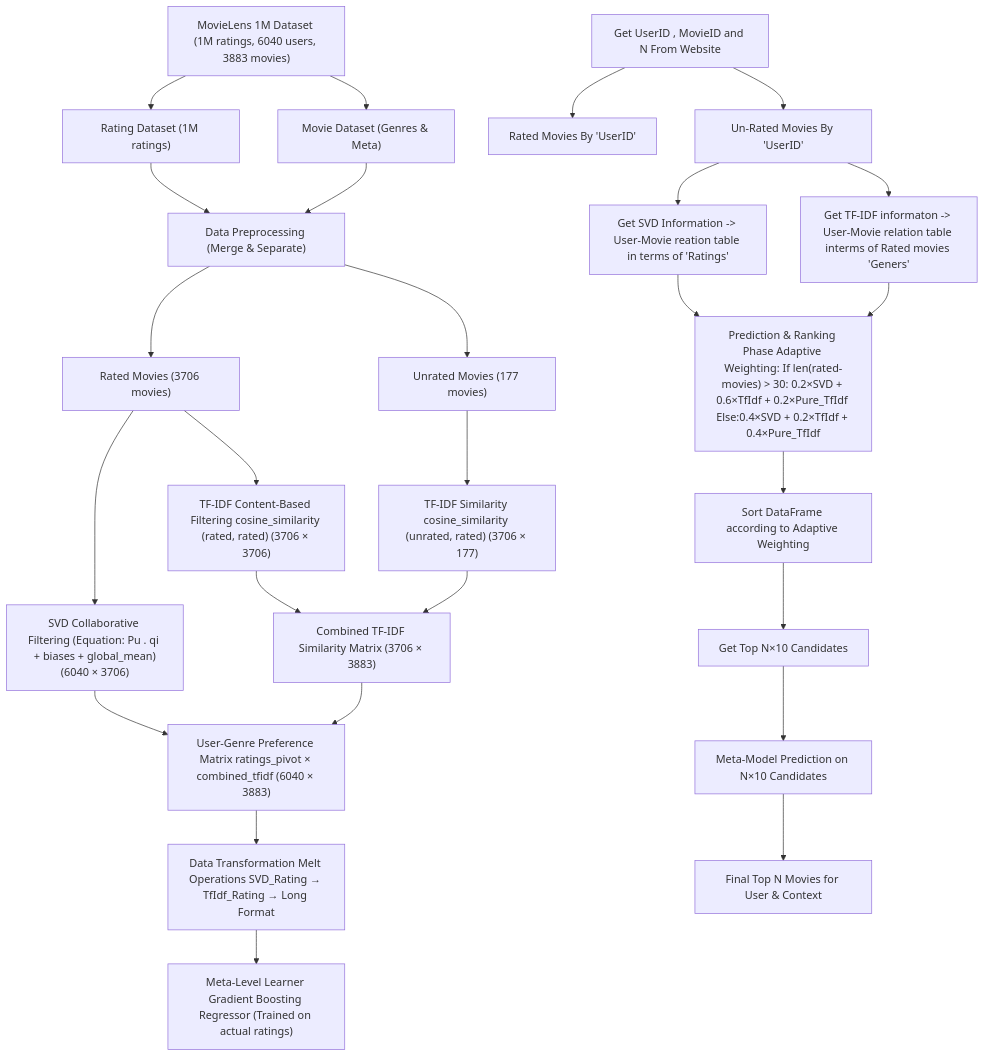
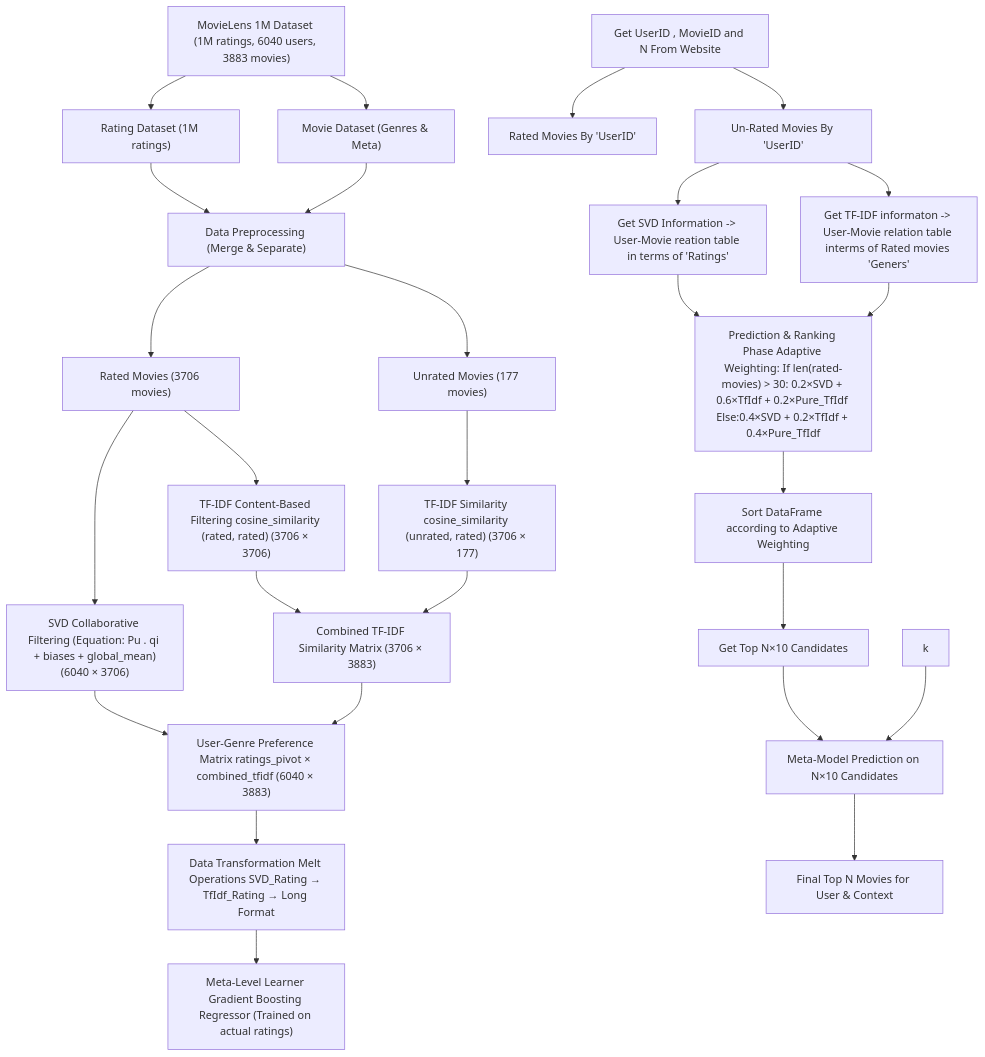
Before and after one commit to NiazMahmud2001/MetaLevel-HybridMovie-Recommender: the diagram in README.md, drawn with Mermaid.

````diff
--- a/README.md
+++ b/README.md
@@ -83,35 +83,36 @@
 ```mermaid
 graph TD
     A["MovieLens 1M Dataset (1M ratings, 6040 users, 3883 movies)"]
     A --> B["Rating Dataset (1M ratings)"]
     A --> C["Movie Dataset (Genres & Meta)"]
     B --> D["Data Preprocessing (Merge & Separate)"]
     C --> D
     D --> E["Rated Movies (3706 movies)"]
     D --> F["Unrated Movies (177 movies)"]
 
     E --> G1["SVD Collaborative Filtering (Equation: Pu . qi + biases + global_mean)(6040 × 3706)"]
     E --> G2["TF-IDF Content-Based Filtering cosine_similarity (rated, rated) (3706 × 3706)"]
     F --> G3["TF-IDF Similarity cosine_similarity (unrated, rated) (3706 × 177)"]
 
     G2 --> H["Combined TF-IDF Similarity Matrix (3706 × 3883)"]
     G3 --> H
     G1 --> I
     H --> I["User-Genre Preference Matrix ratings_pivot × combined_tfidf (6040 × 3883)"]
     I --> J["Data Transformation Melt Operations SVD_Rating → TfIdf_Rating → Long Format"]
     J --> K["Meta-Level Learner Gradient Boosting Regressor (Trained on actual ratings)"]
 
     L["Get UserID , MovieID and N From Website"]
     L --> M["Rated Movies By 'UserID'"]
     L --> N["Un-Rated Movies By 'UserID'"]
     N --> O["Get SVD Information -> User-Movie reation table in terms of 'Ratings' "]
     N --> P["Get TF-IDF informaton -> User-Movie relation table interms of Rated movies 'Geners' "]
 
     Q["Prediction & Ranking Phase Adaptive Weighting: If len(rated-movies) > 30: 0.2×SVD + 0.6×TfIdf + 0.2×Pure_TfIdf Else:0.4×SVD + 0.2×TfIdf + 0.4×Pure_TfIdf"]
     O --> Q
     P --> Q
     Q --> R["Sort DataFrame according to Adaptive Weighting"]
     R --> S["Get Top N×10 Candidates"]
     S --> T["Meta-Model Prediction on N×10 Candidates"]
+    k --> T
     T --> U["Final Top N Movies for User & Context"]
 ```
````
